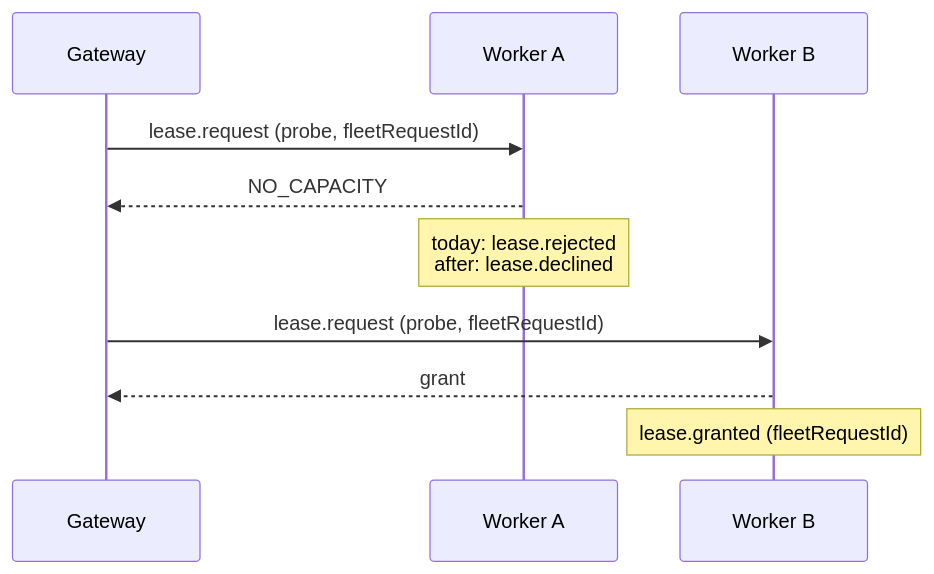
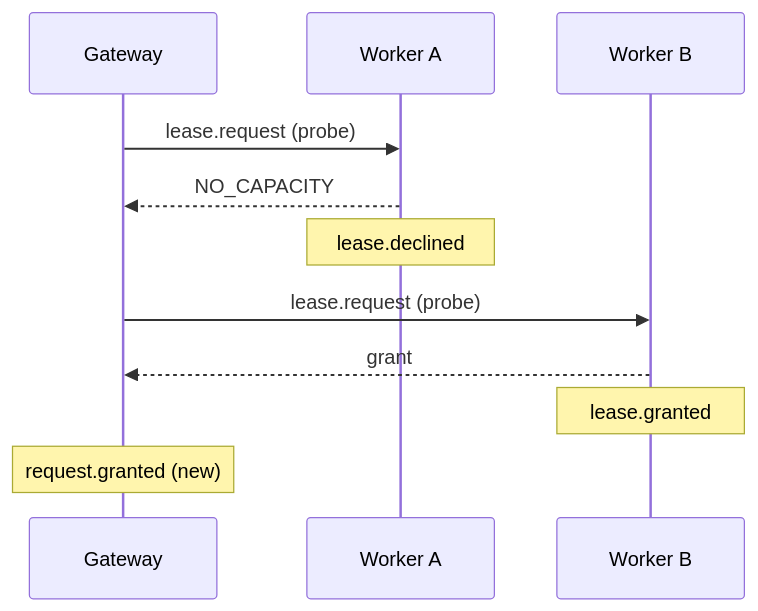
The diagram in docs/internal/adr/0021-a-gateway-dispatch-is-a-probe-and-names-its-fleet-request.md (callstackincubator/simlock), drawn with Mermaid before and after one commit. The commit also changed other lines of this file and 1 other file, not shown here.

Commit message:
docs(adr): 0021 — the gateway records every fleet request's outcome

````diff
--- a/docs/internal/adr/0021-a-gateway-dispatch-is-a-probe-and-names-its-fleet-request.md
+++ b/docs/internal/adr/0021-a-gateway-dispatch-is-a-probe-and-names-its-fleet-request.md
@@ -66,12 +66,13 @@
 ```mermaid
 sequenceDiagram
   participant G as Gateway
   participant A as Worker A
   participant B as Worker B
-  G->>A: lease.request (probe, fleetRequestId)
+  G->>A: lease.request (probe)
   A-->>G: NO_CAPACITY
-  Note over A: today: lease.rejected<br/>after: lease.declined
-  G->>B: lease.request (probe, fleetRequestId)
+  Note over A: lease.declined
+  G->>B: lease.request (probe)
   B-->>G: grant
-  Note over B: lease.granted (fleetRequestId)
+  Note over B: lease.granted
+  Note over G: request.granted (new)
 ```
````
